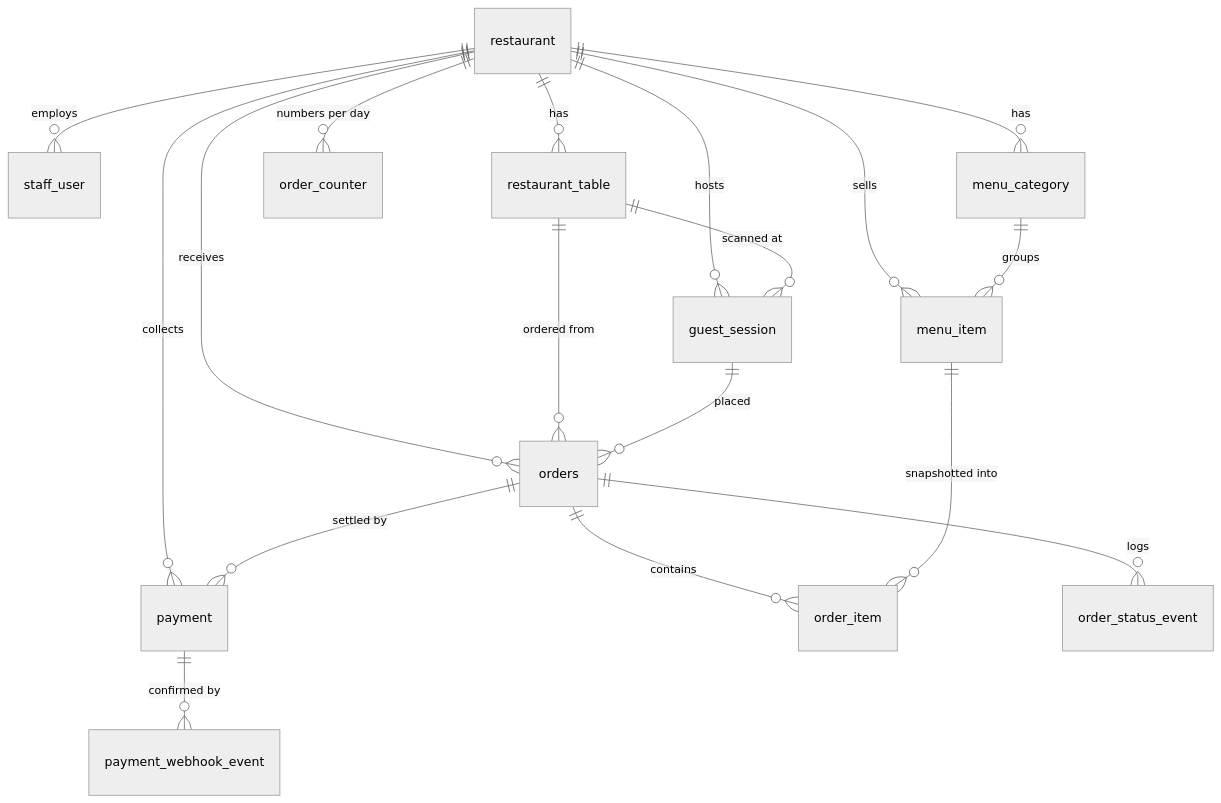
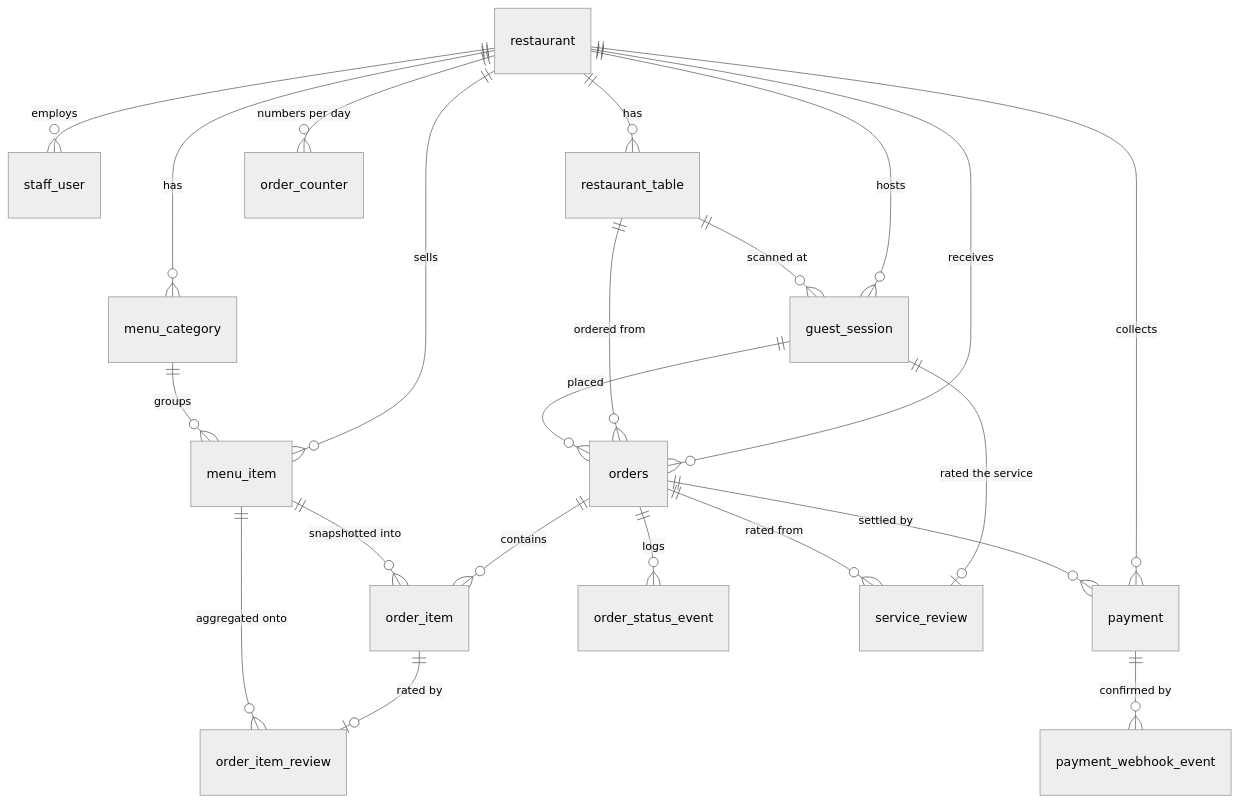
One commit to Adnankhan690/tableX changed the diagram in docs/LLD.md. Above: the diagram before and after it, drawn with Mermaid (neutral theme). The commit also changed other lines of this file and 66 other files, not shown here.

````diff
--- a/docs/LLD.md
+++ b/docs/LLD.md
@@ -121,25 +163,29 @@
 ```mermaid
 erDiagram
     restaurant ||--o{ staff_user : "employs"
     restaurant ||--o{ restaurant_table : "has"
     restaurant ||--o{ menu_category : "has"
     restaurant ||--o{ menu_item : "sells"
     restaurant ||--o{ order_counter : "numbers per day"
     restaurant ||--o{ orders : "receives"
     restaurant ||--o{ guest_session : "hosts"
     restaurant ||--o{ payment : "collects"
 
     menu_category ||--o{ menu_item : "groups"
 
     restaurant_table ||--o{ guest_session : "scanned at"
     restaurant_table ||--o{ orders : "ordered from"
 
     guest_session ||--o{ orders : "placed"
 
     orders ||--o{ order_item : "contains"
     orders ||--o{ order_status_event : "logs"
     orders ||--o{ payment : "settled by"
 
     menu_item ||--o{ order_item : "snapshotted into"
+    order_item ||--o| order_item_review : "rated by"
+    menu_item ||--o{ order_item_review : "aggregated onto"
+    guest_session ||--o| service_review : "rated the service"
+    orders ||--o{ service_review : "rated from"
     payment ||--o{ payment_webhook_event : "confirmed by"
 ```
````
